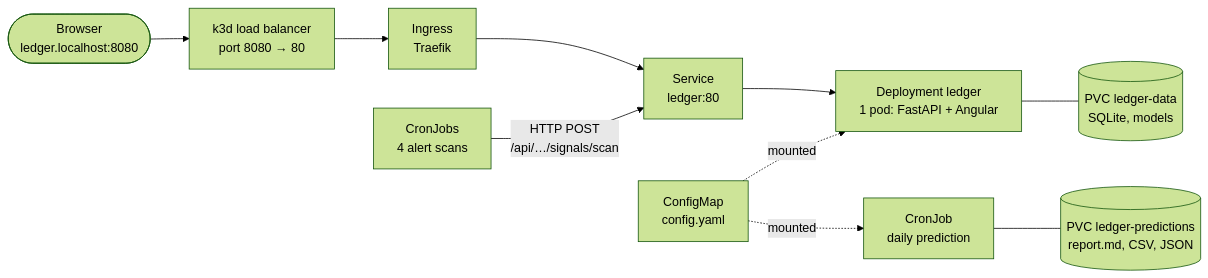
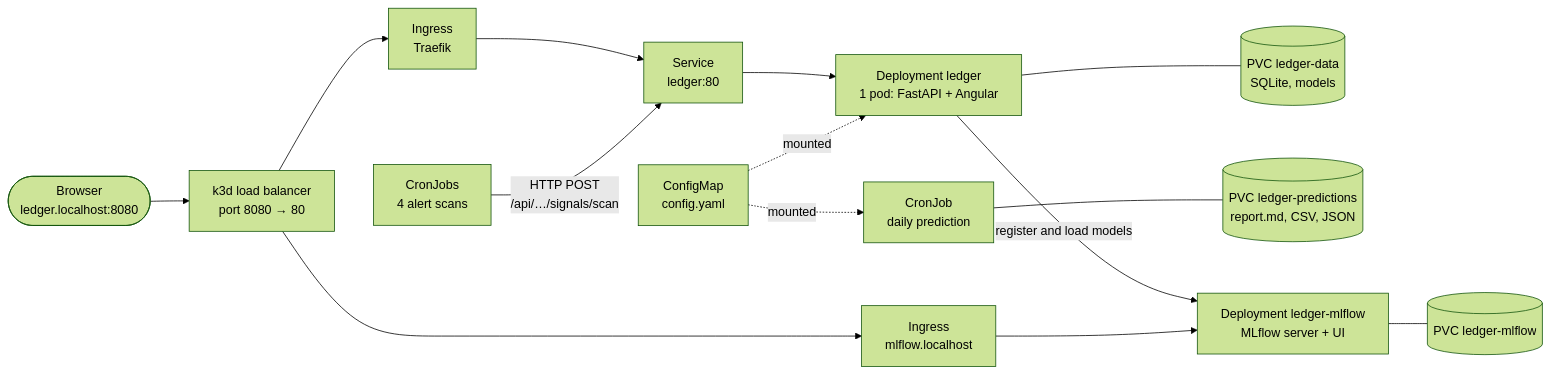
Before and after one commit to elyr/stock-market-predictor: the diagram in docs/KUBERNETES.md, drawn with Mermaid (forest theme). The commit also changed other lines of this file and 27 other files, not shown here.

````diff
--- a/docs/KUBERNETES.md
+++ b/docs/KUBERNETES.md
@@ -56,12 +56,15 @@
 ```mermaid
 flowchart LR
     browser([Browser<br/>ledger.localhost:8080]) --> lb[k3d load balancer<br/>port 8080 → 80]
     lb --> ingress[Ingress<br/>Traefik]
     ingress --> svc[Service<br/>ledger:80]
     svc --> pod[Deployment ledger<br/>1 pod: FastAPI + Angular]
     pod --- data[(PVC ledger-data<br/>SQLite, models)]
     cfg[ConfigMap<br/>config.yaml] -.mounted.-> pod
     scans[CronJobs<br/>4 alert scans] -->|HTTP POST<br/>/api/…/signals/scan| svc
     daily[CronJob<br/>daily prediction] --- results[(PVC ledger-predictions<br/>report.md, CSV, JSON)]
+    pod -->|register and load models| mlflow[Deployment ledger-mlflow<br/>MLflow server + UI]
+    mlflow --- mlflowdata[(PVC ledger-mlflow)]
+    lb --> mlflowingress[Ingress<br/>mlflow.localhost] --> mlflow
     cfg -.mounted.-> daily
 ```
````
